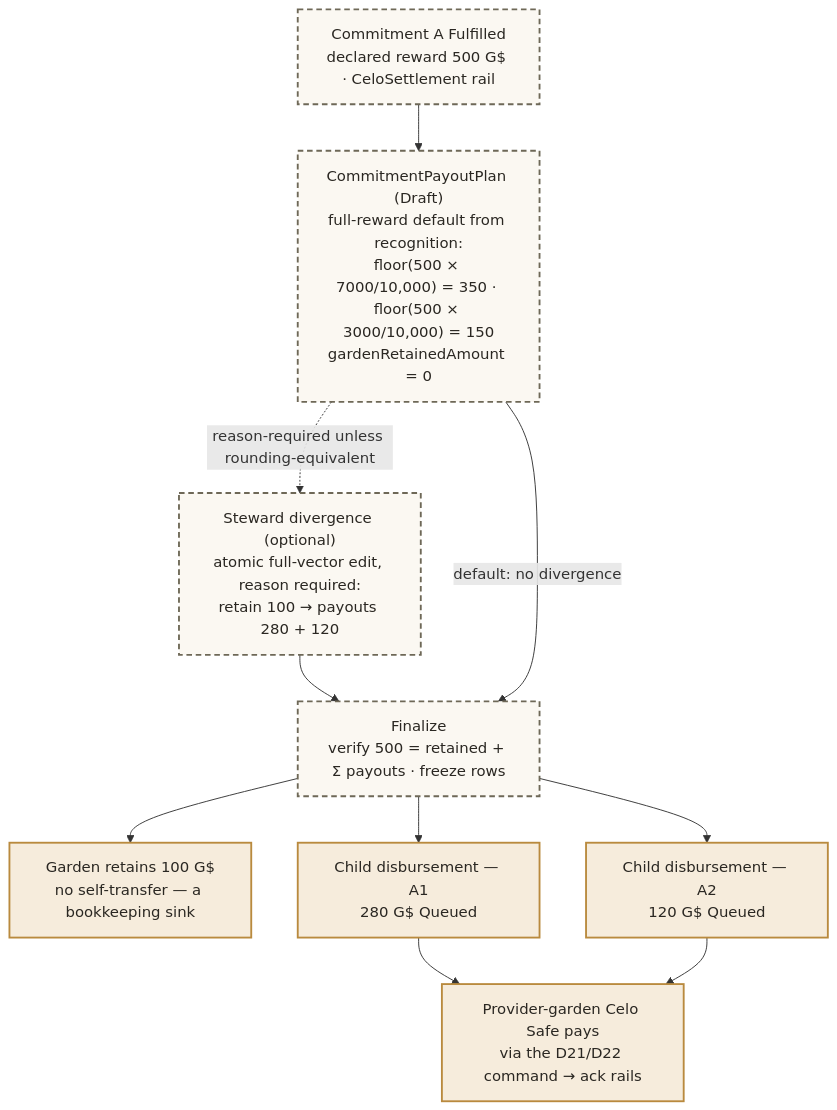
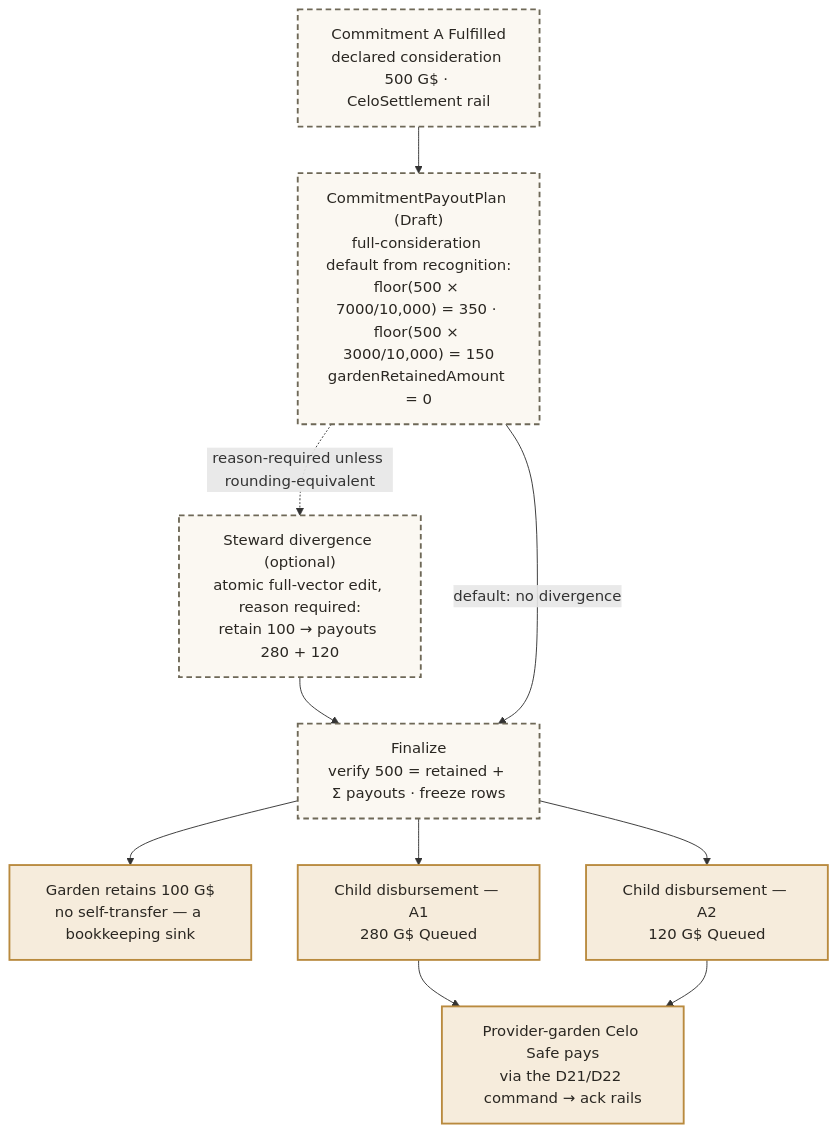
One commit to greenpill-dev-guild/green-goods changed diagram 21 of 42 in .plans/active/commitment-pooling/diagrams.md. Above: the diagram before and after it, drawn with Mermaid. The commit also changed other lines of this file and 38 other files, not shown here.

````diff
--- a/.plans/active/commitment-pooling/diagrams.md
+++ b/.plans/active/commitment-pooling/diagrams.md
@@ -1122,26 +1122,26 @@
 ```mermaid
 flowchart TB
-  FUL["Commitment A Fulfilled<br/>declared reward 500 G$ · CeloSettlement rail"]
-  PLAN["CommitmentPayoutPlan (Draft)<br/>full-reward default from recognition:<br/>floor(500 × 7000/10,000) = 350 · floor(500 × 3000/10,000) = 150<br/>gardenRetainedAmount = 0"]
+  FUL["Commitment A Fulfilled<br/>declared consideration 500 G$ · CeloSettlement rail"]
+  PLAN["CommitmentPayoutPlan (Draft)<br/>full-consideration default from recognition:<br/>floor(500 × 7000/10,000) = 350 · floor(500 × 3000/10,000) = 150<br/>gardenRetainedAmount = 0"]
   EDIT["Steward divergence (optional)<br/>atomic full-vector edit, reason required:<br/>retain 100 → payouts 280 + 120"]
   FIN["Finalize<br/>verify 500 = retained + Σ payouts · freeze rows"]
   KEEP["Garden retains 100 G$<br/>no self-transfer — a bookkeeping sink"]
   D1C["Child disbursement — A1<br/>280 G$ Queued"]
   D2C["Child disbursement — A2<br/>120 G$ Queued"]
   SAFE["Provider-garden Celo Safe pays<br/>via the D21/D22 command → ack rails"]
 
   FUL --> PLAN
   PLAN -.->|"reason-required unless rounding-equivalent"| EDIT
   EDIT --> FIN
   PLAN -->|"default: no divergence"| FIN
   FIN --> KEEP
   FIN --> D1C
   FIN --> D2C
   D1C --> SAFE
   D2C --> SAFE
 
   classDef planned fill:#fbf8f2,stroke:#6e6857,stroke-width:2px,stroke-dasharray:6 4,color:#2a2722
   classDef value fill:#f6ecdc,stroke:#b98a3e,stroke-width:2px,color:#2a2722
   class FUL,PLAN,EDIT,FIN planned
   class KEEP,D1C,D2C,SAFE value
 ```
````
